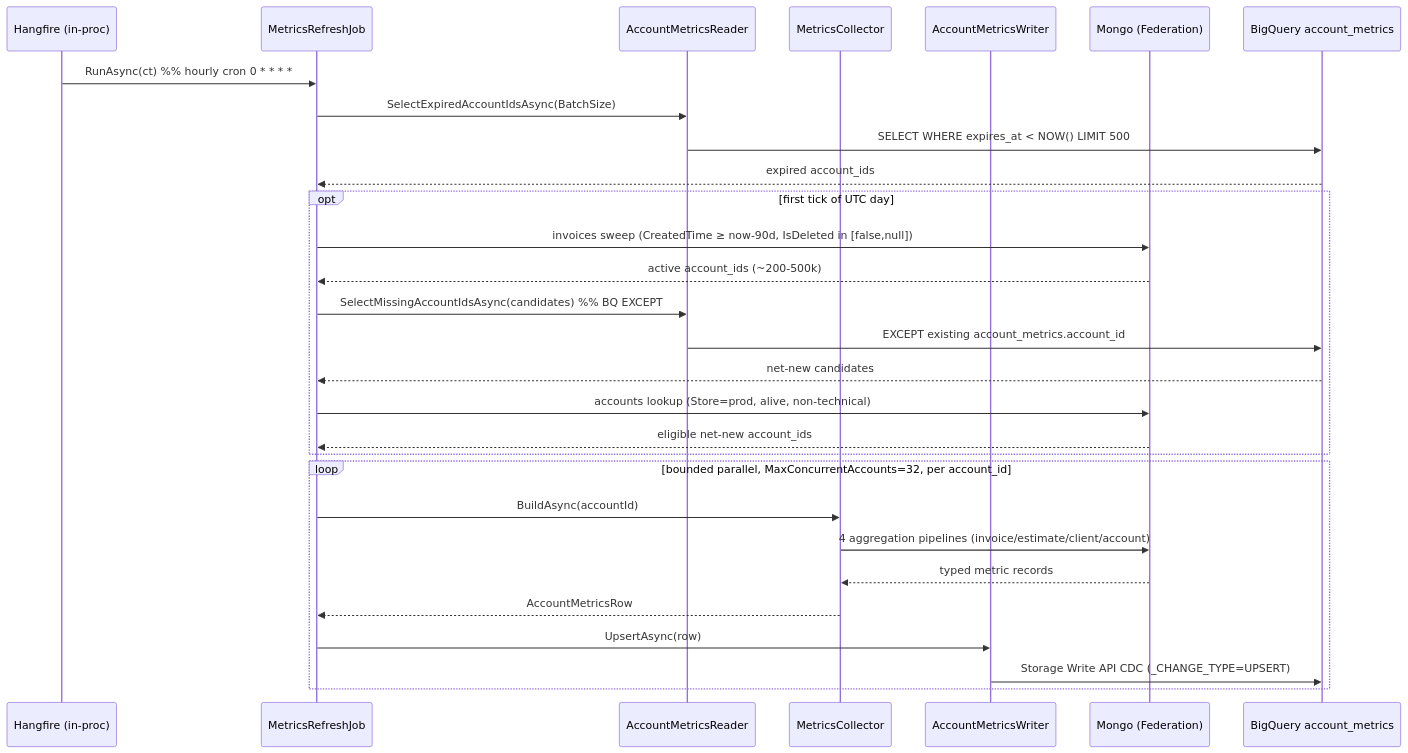
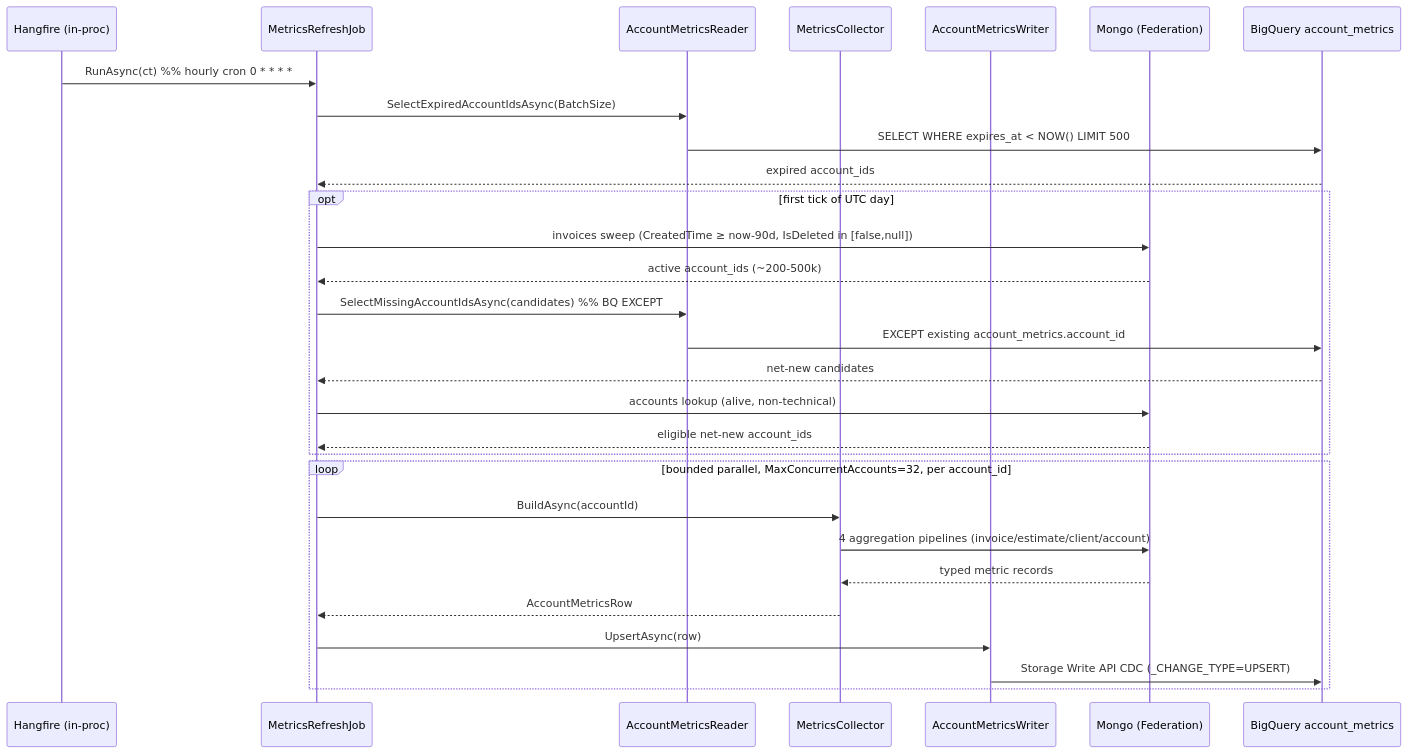
Before and after one commit to sergei-tofu-fedorov/Local.Docs: the diagram in features/WEB-1523-segmentation/implementation/metrics-interaction.md, drawn with Mermaid. The commit also changed 152 other files, not shown here.

````diff
--- a/features/WEB-1523-segmentation/implementation/metrics-interaction.md
+++ b/features/WEB-1523-segmentation/implementation/metrics-interaction.md
@@ -5,34 +5,34 @@
 ```mermaid
 sequenceDiagram
     participant HF as Hangfire (in-proc)
     participant Job as MetricsRefreshJob
     participant Rdr as AccountMetricsReader
     participant Col as MetricsCollector
     participant Wtr as AccountMetricsWriter
     participant Mongo as Mongo (Federation)
     participant BQ as BigQuery account_metrics
 
     HF->>Job: RunAsync(ct)  %% hourly cron 0 * * * *
     Job->>Rdr: SelectExpiredAccountIdsAsync(BatchSize)
     Rdr->>BQ: SELECT WHERE expires_at < NOW() LIMIT 500
     BQ-->>Job: expired account_ids
 
     opt first tick of UTC day
         Job->>Mongo: invoices sweep (CreatedTime ≥ now-90d, IsDeleted in [false,null])
         Mongo-->>Job: active account_ids (~200-500k)
         Job->>Rdr: SelectMissingAccountIdsAsync(candidates)  %% BQ EXCEPT
         Rdr->>BQ: EXCEPT existing account_metrics.account_id
         BQ-->>Job: net-new candidates
-        Job->>Mongo: accounts lookup (Store=prod, alive, non-technical)
+        Job->>Mongo: accounts lookup (alive, non-technical)
         Mongo-->>Job: eligible net-new account_ids
     end
 
     loop bounded parallel, MaxConcurrentAccounts=32, per account_id
         Job->>Col: BuildAsync(accountId)
         Col->>Mongo: 4 aggregation pipelines (invoice/estimate/client/account)
         Mongo-->>Col: typed metric records
         Col-->>Job: AccountMetricsRow
         Job->>Wtr: UpsertAsync(row)
         Wtr->>BQ: Storage Write API CDC (_CHANGE_TYPE=UPSERT)
     end
 ```
````
